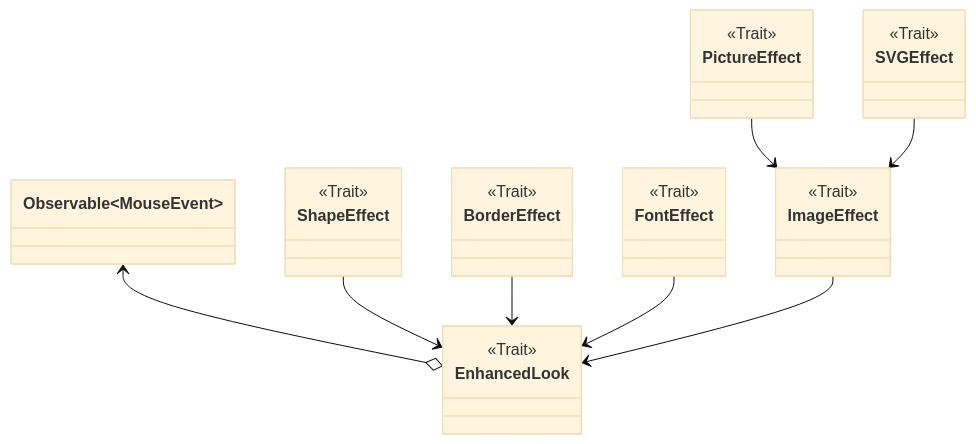
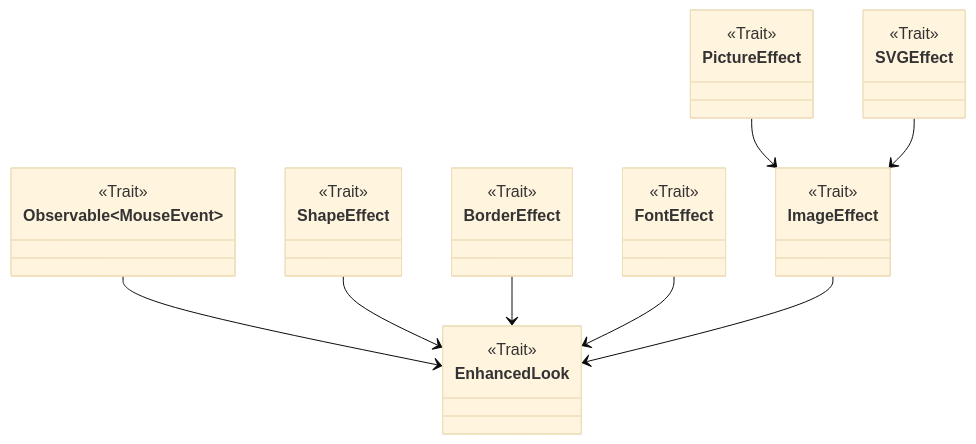
One commit to dev-pps/pps-23-ulisse changed diagram 11 of 18 in docs/report/4-details-design.md. Above: the diagram before and after it, drawn with Mermaid (base theme). The commit also changed other lines of this file and 2 other files, not shown here.

````diff
--- a/docs/report/4-details-design.md
+++ b/docs/report/4-details-design.md
@@ -498,27 +562,28 @@
 ```mermaid
 classDiagram
     direction BT
     class Observable~MouseEvent~
     class EnhancedLook
     class ShapeEffect
     class BorderEffect
     class FontEffect
     class ImageEffect
     class PictureEffect
     class SVGEffect
+    <<Trait>>Observable~MouseEvent~
     <<Trait>> EnhancedLook
     <<Trait>> ShapeEffect
     <<Trait>> BorderEffect
     <<Trait>> FontEffect
     <<Trait>> ImageEffect
     <<Trait>> PictureEffect
     <<Trait>> SVGEffect
     
     ImageEffect <-- PictureEffect
     ImageEffect <-- SVGEffect
     EnhancedLook <-- ShapeEffect
     EnhancedLook <-- BorderEffect
     EnhancedLook <-- FontEffect
     EnhancedLook <-- ImageEffect
-    EnhancedLook o--> Observable
+    EnhancedLook <-- Observable
 ```
````
